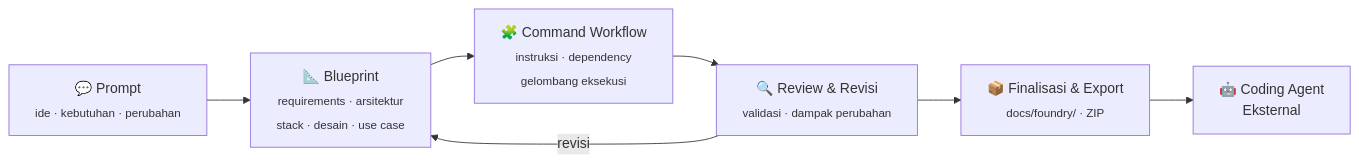
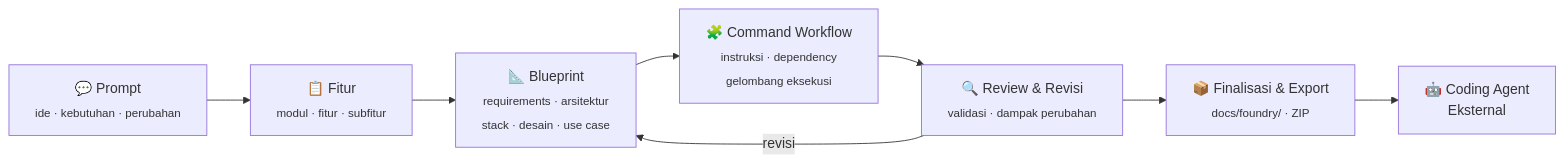
Before and after one commit to handrawanwdev/Foundry: the diagram in README.id.md, drawn with Mermaid. The commit also changed other lines of this file and 38 other files, not shown here.

````diff
--- a/README.id.md
+++ b/README.id.md
@@ -53,9 +53,10 @@
 ```mermaid
 flowchart LR
-    A["💬 Prompt<br/><sub>ide · kebutuhan · perubahan</sub>"] --> B["📐 Blueprint<br/><sub>requirements · arsitektur<br/>stack · desain · use case</sub>"]
-    B --> C["🧩 Command Workflow<br/><sub>instruksi · dependency<br/>gelombang eksekusi</sub>"]
-    C --> D["🔍 Review & Revisi<br/><sub>validasi · dampak perubahan</sub>"]
-    D -->|revisi| B
-    D --> E["📦 Finalisasi & Export<br/><sub>docs/foundry/ · ZIP</sub>"]
-    E --> F["🤖 Coding Agent<br/>Eksternal"]
+    A["💬 Prompt<br/><sub>ide · kebutuhan · perubahan</sub>"] --> B["📋 Fitur<br/><sub>modul · fitur · subfitur</sub>"]
+    B --> C["📐 Blueprint<br/><sub>requirements · arsitektur<br/>stack · desain · use case</sub>"]
+    C --> D["🧩 Command Workflow<br/><sub>instruksi · dependency<br/>gelombang eksekusi</sub>"]
+    D --> E["🔍 Review & Revisi<br/><sub>validasi · dampak perubahan</sub>"]
+    E -->|revisi| C
+    E --> F["📦 Finalisasi & Export<br/><sub>docs/foundry/ · ZIP</sub>"]
+    F --> G["🤖 Coding Agent<br/>Eksternal"]
 ```
````
